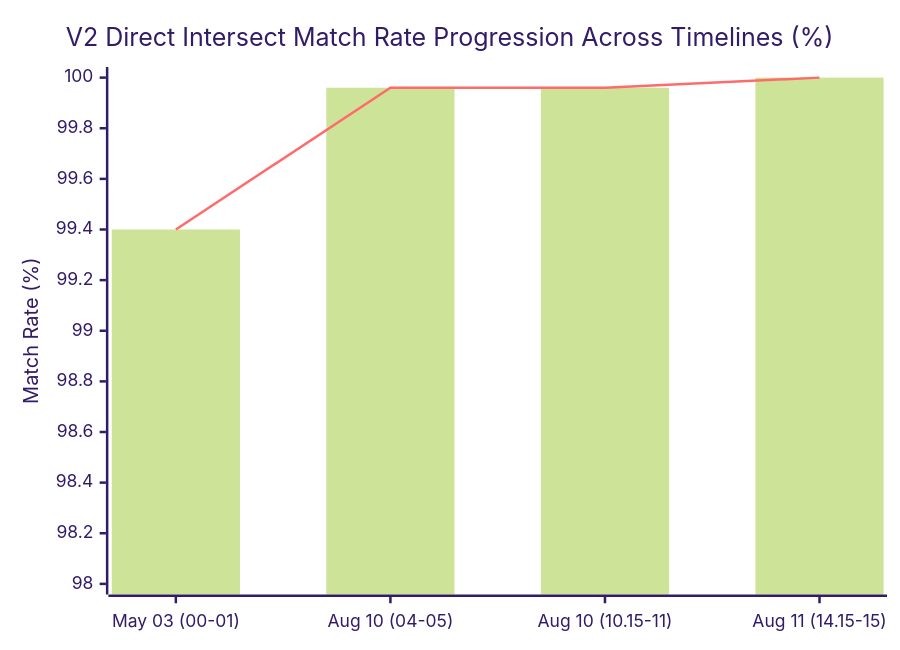
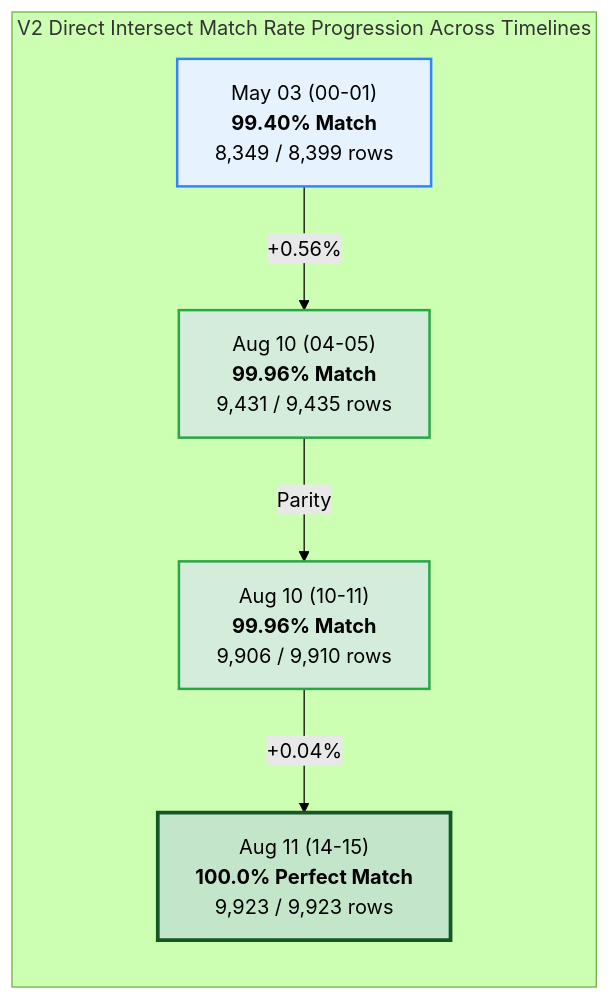
The first of 4 diagrams in Reports/Final_Report.md (NeelmaniR-Useready/PolarDocs), drawn with Mermaid (forest theme) before and after one commit. The commit also changed other lines of this file and 5 other files, not shown here.

Commit message:
Fix Mermaid chart syntax and pie chart rendering across all validation reports and Final_Report

````diff
--- a/Reports/Final_Report.md
+++ b/Reports/Final_Report.md
@@ -30,8 +30,18 @@
 ```mermaid
-xychart-beta
-    title "V2 Direct Intersect Match Rate Progression Across Timelines (%)"
-    x-axis ["May 03 (00-01)", "Aug 10 (04-05)", "Aug 10 (10.15-11)", "Aug 11 (14.15-15)"]
-    y-axis "Match Rate (%)" 98 --> 100
-    bar [99.40, 99.96, 99.96, 100.00]
-    line [99.40, 99.96, 99.96, 100.00]
+graph LR
+    subgraph Progression ["V2 Direct Intersect Match Rate Progression Across Timelines"]
+        T1["May 03 (00-01)<br><b>99.40% Match</b><br>8,349 / 8,399 rows"]
+        T2["Aug 10 (04-05)<br><b>99.96% Match</b><br>9,431 / 9,435 rows"]
+        T3["Aug 10 (10-11)<br><b>99.96% Match</b><br>9,906 / 9,910 rows"]
+        T4["Aug 11 (14-15)<br><b>100.0% Perfect Match</b><br>9,923 / 9,923 rows"]
+        
+        T1 -->|"+0.56%"| T2
+        T2 -->|"Parity"| T3
+        T3 -->|"+0.04%"| T4
+    end
+
+    style T1 fill:#e6f3ff,stroke:#3385ff,stroke-width:2px
+    style T2 fill:#d4edda,stroke:#28a745,stroke-width:2px
+    style T3 fill:#d4edda,stroke:#28a745,stroke-width:2px
+    style T4 fill:#c3e6cb,stroke:#155724,stroke-width:3px
 ```
````
